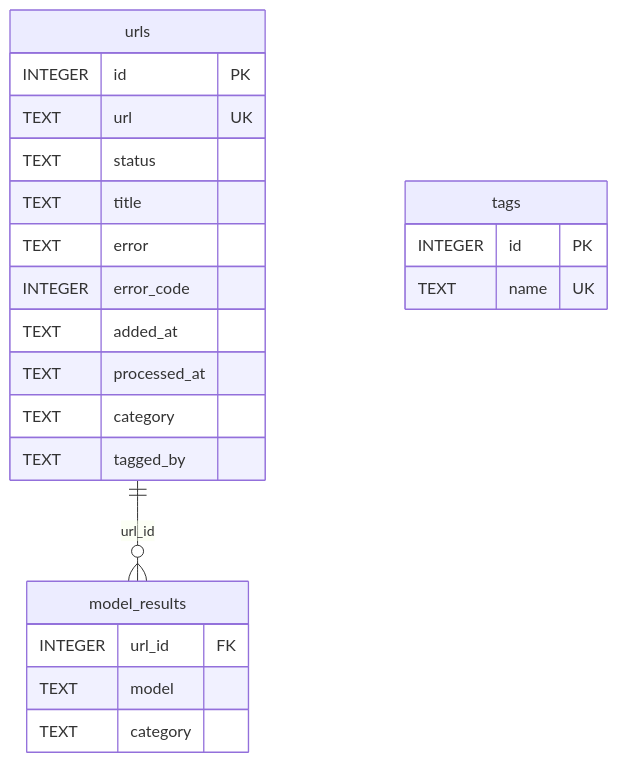
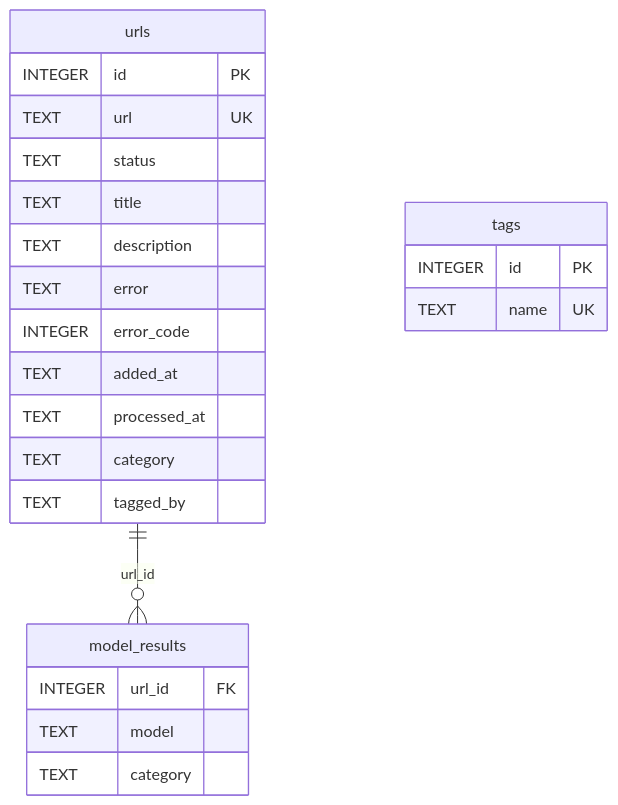
One commit to ioncat/web-page-classifier changed the fourth of 4 diagrams in README.md. Above: the diagram before and after it, drawn with Mermaid. The commit also changed other lines of this file and 1 other file, not shown here.

First line of the commit message:
docs: reflect og:description implementation, add dataset diversity note

````diff
--- a/README.md
+++ b/README.md
@@ -476,25 +478,26 @@
 ```mermaid
 erDiagram
     urls {
         INTEGER id PK
         TEXT url UK
         TEXT status
         TEXT title
+        TEXT description
         TEXT error
         INTEGER error_code
         TEXT added_at
         TEXT processed_at
         TEXT category
         TEXT tagged_by
     }
     tags {
         INTEGER id PK
         TEXT name UK
     }
     model_results {
         INTEGER url_id FK
         TEXT model
         TEXT category
     }
     urls ||--o{ model_results : "url_id"
 ```
````
